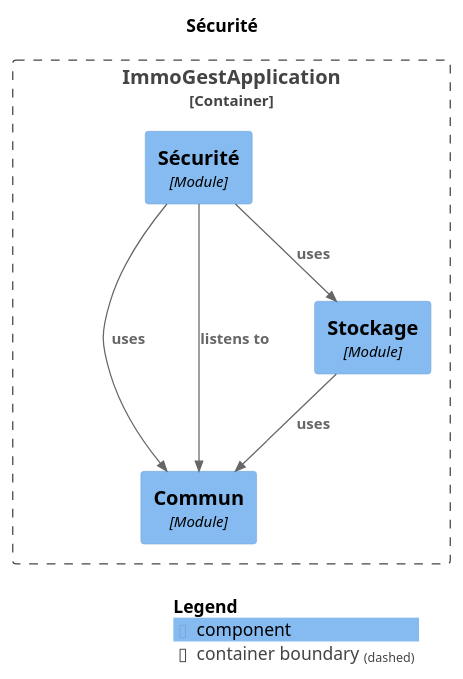
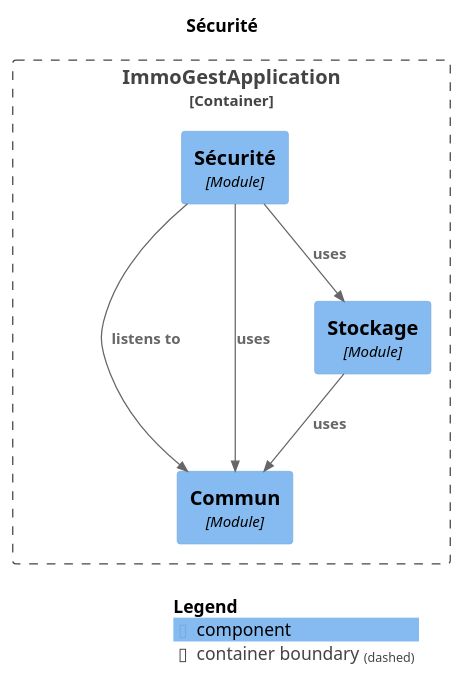
The diagram in docs/modules/module-securite.puml (fixedevelloper/csimmo), drawn with PlantUML before and after one commit. The commit also changed other lines of this file and 34 other files, not shown here.

```diff
--- a/docs/modules/module-securite.puml
+++ b/docs/modules/module-securite.puml
@@ -1,23 +1,23 @@
 @startuml
 set separator none
 title Sécurité
 
 top to bottom direction
 
 !include <C4/C4>
 !include <C4/C4_Context>
 !include <C4/C4_Component>
 
 Container_Boundary("ImmoGestApplication.ImmoGestApplication_boundary", "ImmoGestApplication", $tags="") {
   Component(ImmoGestApplication.ImmoGestApplication.Commun, "Commun", $techn="Module", $descr="", $tags="", $link="")
   Component(ImmoGestApplication.ImmoGestApplication.Stockage, "Stockage", $techn="Module", $descr="", $tags="", $link="")
   Component(ImmoGestApplication.ImmoGestApplication.Sécurité, "Sécurité", $techn="Module", $descr="", $tags="", $link="")
 }
 
+Rel(ImmoGestApplication.ImmoGestApplication.Stockage, ImmoGestApplication.ImmoGestApplication.Commun, "uses", $techn="", $tags="", $link="")
+Rel(ImmoGestApplication.ImmoGestApplication.Sécurité, ImmoGestApplication.ImmoGestApplication.Commun, "listens to", $techn="", $tags="", $link="")
 Rel(ImmoGestApplication.ImmoGestApplication.Sécurité, ImmoGestApplication.ImmoGestApplication.Commun, "uses", $techn="", $tags="", $link="")
 Rel(ImmoGestApplication.ImmoGestApplication.Sécurité, ImmoGestApplication.ImmoGestApplication.Stockage, "uses", $techn="", $tags="", $link="")
-Rel(ImmoGestApplication.ImmoGestApplication.Stockage, ImmoGestApplication.ImmoGestApplication.Commun, "uses", $techn="", $tags="", $link="")
-Rel(ImmoGestApplication.ImmoGestApplication.Sécurité, ImmoGestApplication.ImmoGestApplication.Commun, "listens to", $techn="", $tags="", $link="")
 
 SHOW_LEGEND(true)
 @enduml
```
